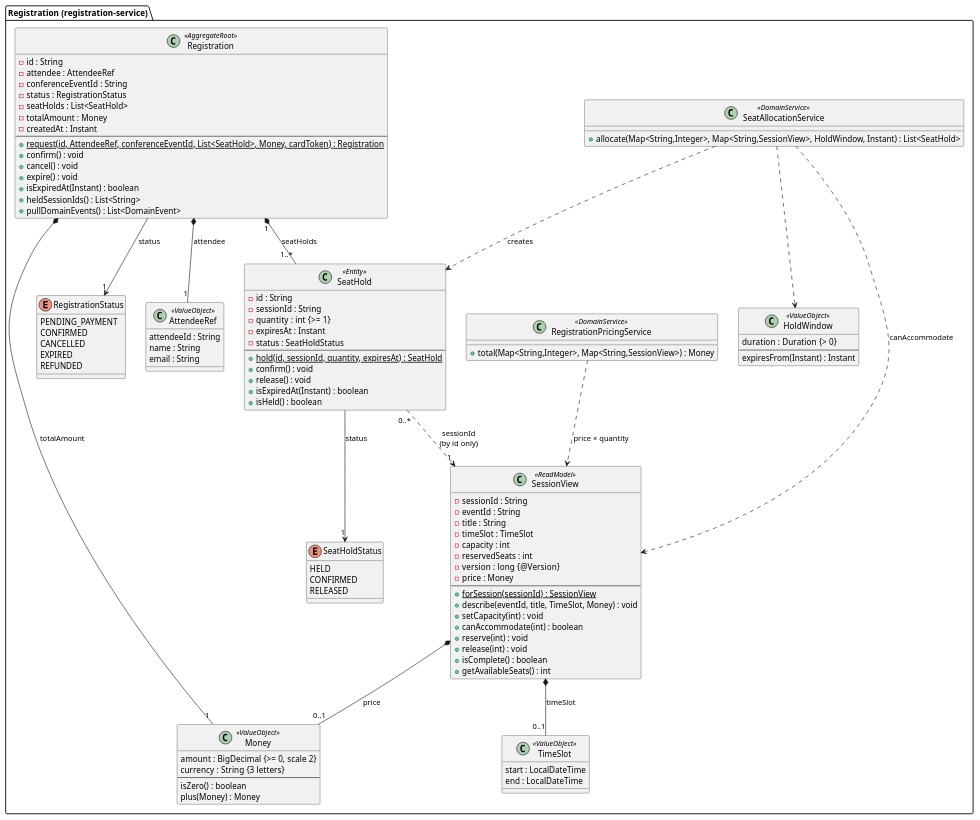
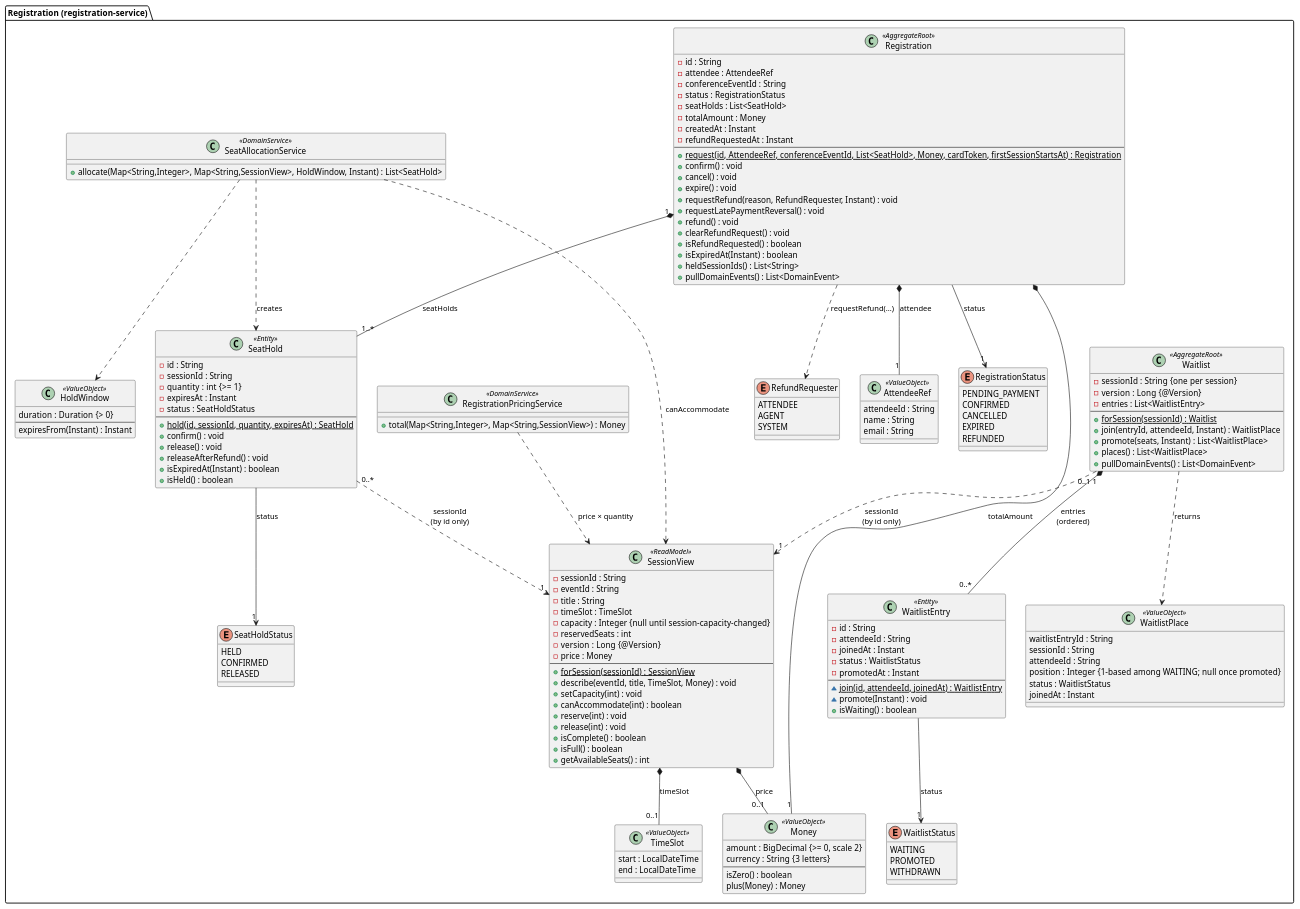
Before and after one commit to middo221/CSCI318---AI-Microservices-Application: the diagram in docs/diagrams/include/domain-registration.iuml, drawn with PlantUML. The commit also changed 20 other files, not shown here.

First line of the commit message:
docs: extend the domain model to refunds, waitlists, the support agent and operational insight

```diff
--- a/docs/diagrams/include/domain-registration.iuml
+++ b/docs/diagrams/include/domain-registration.iuml
@@ -1,118 +1,175 @@
 ' Registration bounded context — registration-service, package ...registration.domain
 ' Shared by domain-registration.puml (full detail) and domain-model.puml (overview).
-' Second pass (FR-10): add Waitlist <<AggregateRoot>> and WaitlistEntry <<Entity>> here.
 
 package "Registration  (registration-service)" as registration_ctx {
 
   class Registration <<AggregateRoot>> {
     - id : String
     - attendee : AttendeeRef
     - conferenceEventId : String
     - status : RegistrationStatus
     - seatHolds : List<SeatHold>
     - totalAmount : Money
     - createdAt : Instant
+    - refundRequestedAt : Instant
     --
-    + {static} request(id, AttendeeRef, conferenceEventId, List<SeatHold>, Money, cardToken) : Registration
+    + {static} request(id, AttendeeRef, conferenceEventId, List<SeatHold>, Money, cardToken, firstSessionStartsAt) : Registration
     + confirm() : void
     + cancel() : void
     + expire() : void
+    + requestRefund(reason, RefundRequester, Instant) : void
+    + requestLatePaymentReversal() : void
+    + refund() : void
+    + clearRefundRequest() : void
+    + isRefundRequested() : boolean
     + isExpiredAt(Instant) : boolean
     + heldSessionIds() : List<String>
     + pullDomainEvents() : List<DomainEvent>
   }
 
   class SeatHold <<Entity>> {
     - id : String
     - sessionId : String
     - quantity : int  {>= 1}
     - expiresAt : Instant
     - status : SeatHoldStatus
     --
     + {static} hold(id, sessionId, quantity, expiresAt) : SeatHold
     + confirm() : void
     + release() : void
+    + releaseAfterRefund() : void
     + isExpiredAt(Instant) : boolean
     + isHeld() : boolean
   }
 
   class SessionView <<ReadModel>> {
     - sessionId : String
     - eventId : String
     - title : String
     - timeSlot : TimeSlot
-    - capacity : int
+    - capacity : Integer  {null until session-capacity-changed}
     - reservedSeats : int
-    - version : long  {@Version}
+    - version : Long  {@Version}
     - price : Money
     --
     + {static} forSession(sessionId) : SessionView
     + describe(eventId, title, TimeSlot, Money) : void
     + setCapacity(int) : void
     + canAccommodate(int) : boolean
     + reserve(int) : void
     + release(int) : void
     + isComplete() : boolean
+    + isFull() : boolean
     + getAvailableSeats() : int
+  }
+
+  class Waitlist <<AggregateRoot>> {
+    - sessionId : String  {one per session}
+    - version : Long  {@Version}
+    - entries : List<WaitlistEntry>
+    --
+    + {static} forSession(sessionId) : Waitlist
+    + join(entryId, attendeeId, Instant) : WaitlistPlace
+    + promote(seats, Instant) : List<WaitlistPlace>
+    + places() : List<WaitlistPlace>
+    + pullDomainEvents() : List<DomainEvent>
+  }
+
+  class WaitlistEntry <<Entity>> {
+    - id : String
+    - attendeeId : String
+    - joinedAt : Instant
+    - status : WaitlistStatus
+    - promotedAt : Instant
+    --
+    ~ {static} join(id, attendeeId, joinedAt) : WaitlistEntry
+    ~ promote(Instant) : void
+    + isWaiting() : boolean
+  }
+
+  class WaitlistPlace <<ValueObject>> {
+    waitlistEntryId : String
+    sessionId : String
+    attendeeId : String
+    position : Integer  {1-based among WAITING; null once promoted}
+    status : WaitlistStatus
+    joinedAt : Instant
   }
 
   class AttendeeRef <<ValueObject>> {
     attendeeId : String
     name : String
     email : String
   }
 
   class "Money" as R_Money <<ValueObject>> {
     amount : BigDecimal  {>= 0, scale 2}
     currency : String  {3 letters}
     --
     isZero() : boolean
     plus(Money) : Money
   }
 
   class HoldWindow <<ValueObject>> {
     duration : Duration  {> 0}
     --
     expiresFrom(Instant) : Instant
   }
 
   class "TimeSlot" as R_TimeSlot <<ValueObject>> {
     start : LocalDateTime
     end : LocalDateTime
   }
 
   enum RegistrationStatus {
     PENDING_PAYMENT
     CONFIRMED
     CANCELLED
     EXPIRED
     REFUNDED
   }
 
   enum SeatHoldStatus {
     HELD
     CONFIRMED
     RELEASED
   }
 
+  enum WaitlistStatus {
+    WAITING
+    PROMOTED
+    WITHDRAWN
+  }
+
+  enum RefundRequester {
+    ATTENDEE
+    AGENT
+    SYSTEM
+  }
+
   class SeatAllocationService <<DomainService>> {
     + allocate(Map<String,Integer>, Map<String,SessionView>, HoldWindow, Instant) : List<SeatHold>
   }
 
   class RegistrationPricingService <<DomainService>> {
     + total(Map<String,Integer>, Map<String,SessionView>) : Money
   }
 
   Registration "1" *-- "1..*" SeatHold : seatHolds
   Registration *-- "1" AttendeeRef : attendee
   Registration *-- "1" R_Money : totalAmount
   Registration --> "1" RegistrationStatus : status
+  Registration ..> RefundRequester : requestRefund(...)
   SeatHold --> "1" SeatHoldStatus : status
   SessionView *-- "0..1" R_TimeSlot : timeSlot
   SessionView *-- "0..1" R_Money : price
   SeatHold "0..*" ..> "1" SessionView : sessionId\n(by id only)
+  Waitlist "1" *-- "0..*" WaitlistEntry : entries\n(ordered)
+  WaitlistEntry --> "1" WaitlistStatus : status
+  Waitlist ..> WaitlistPlace : returns
+  Waitlist "0..1" ..> "1" SessionView : sessionId\n(by id only)
   SeatAllocationService ..> SessionView : canAccommodate
   SeatAllocationService ..> HoldWindow
   SeatAllocationService ..> SeatHold : creates
   RegistrationPricingService ..> SessionView : price × quantity
 }
```
